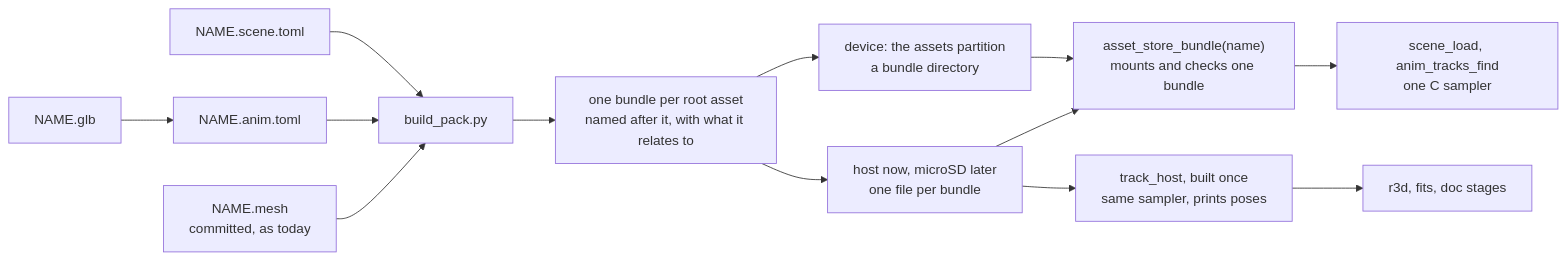
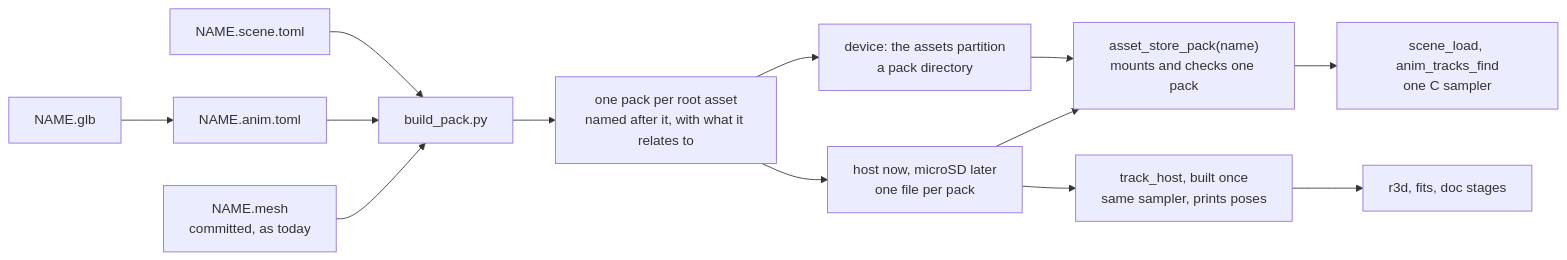
Before and after one commit to jose-villegas/autana: the diagram in docs/plans/Content-in-the-Pack-Design-Sketch.md, drawn with Mermaid. The commit also changed other lines of this file and 59 other files, not shown here.

Commit message:
asset: call shipped units packs

````diff
--- a/docs/plans/Content-in-the-Pack-Design-Sketch.md
+++ b/docs/plans/Content-in-the-Pack-Design-Sketch.md
@@ -16,15 +16,15 @@
 ```mermaid
 flowchart LR
     Glb["NAME.glb"] --> Anim["NAME.anim.toml"]
     Scene["NAME.scene.toml"] --> Build["build_pack.py"]
     Anim --> Build
     Mesh["NAME.mesh<br/>committed, as today"] --> Build
-    Build --> Bundles["one bundle per root asset<br/>named after it, with what it relates to"]
-    Bundles --> Dev["device: the assets partition<br/>a bundle directory"]
-    Bundles --> Ext["host now, microSD later<br/>one file per bundle"]
-    Dev --> Mount["asset_store_bundle(name)<br/>mounts and checks one bundle"]
+    Build --> Packs["one pack per root asset<br/>named after it, with what it relates to"]
+    Packs --> Dev["device: the assets partition<br/>a pack directory"]
+    Packs --> Ext["host now, microSD later<br/>one file per pack"]
+    Dev --> Mount["asset_store_pack(name)<br/>mounts and checks one pack"]
     Ext --> Mount
     Mount --> Rt["scene_load, anim_tracks_find<br/>one C sampler"]
     Ext --> Poses["track_host, built once<br/>same sampler, prints poses"]
     Poses --> Tools["r3d, fits, doc stages"]
 ```
````
